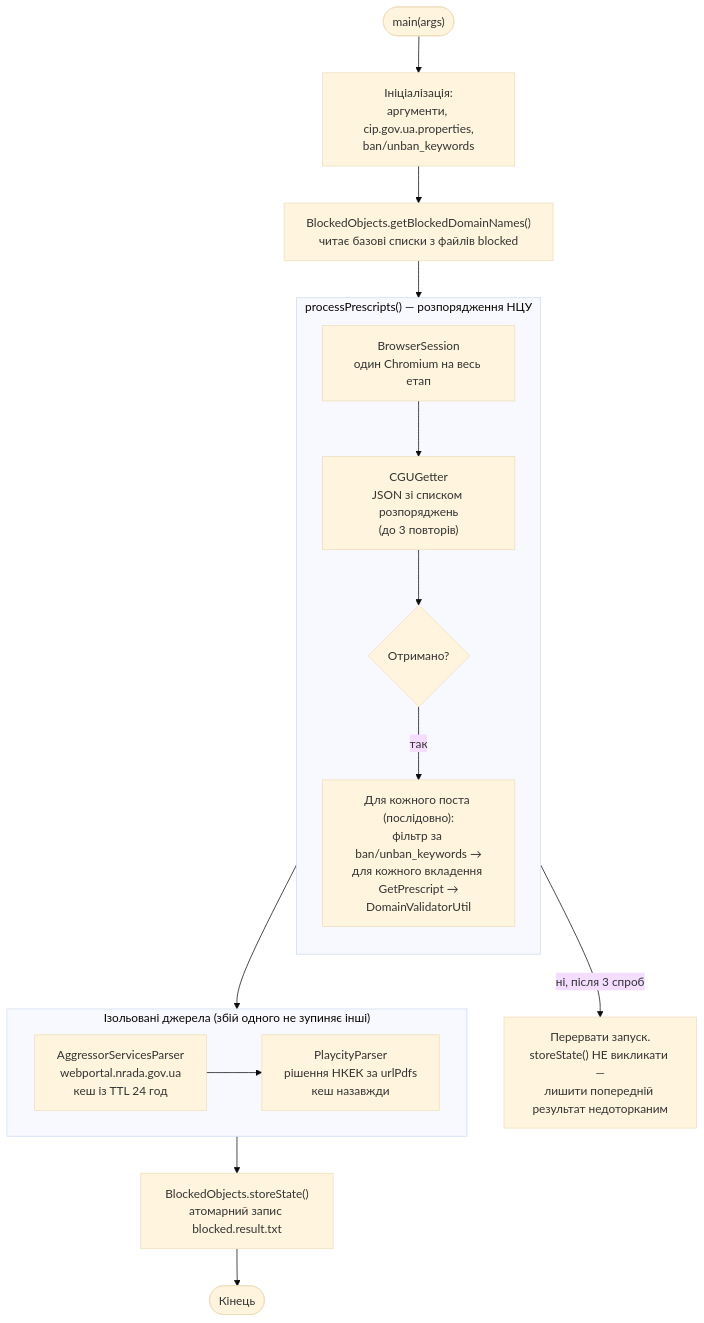
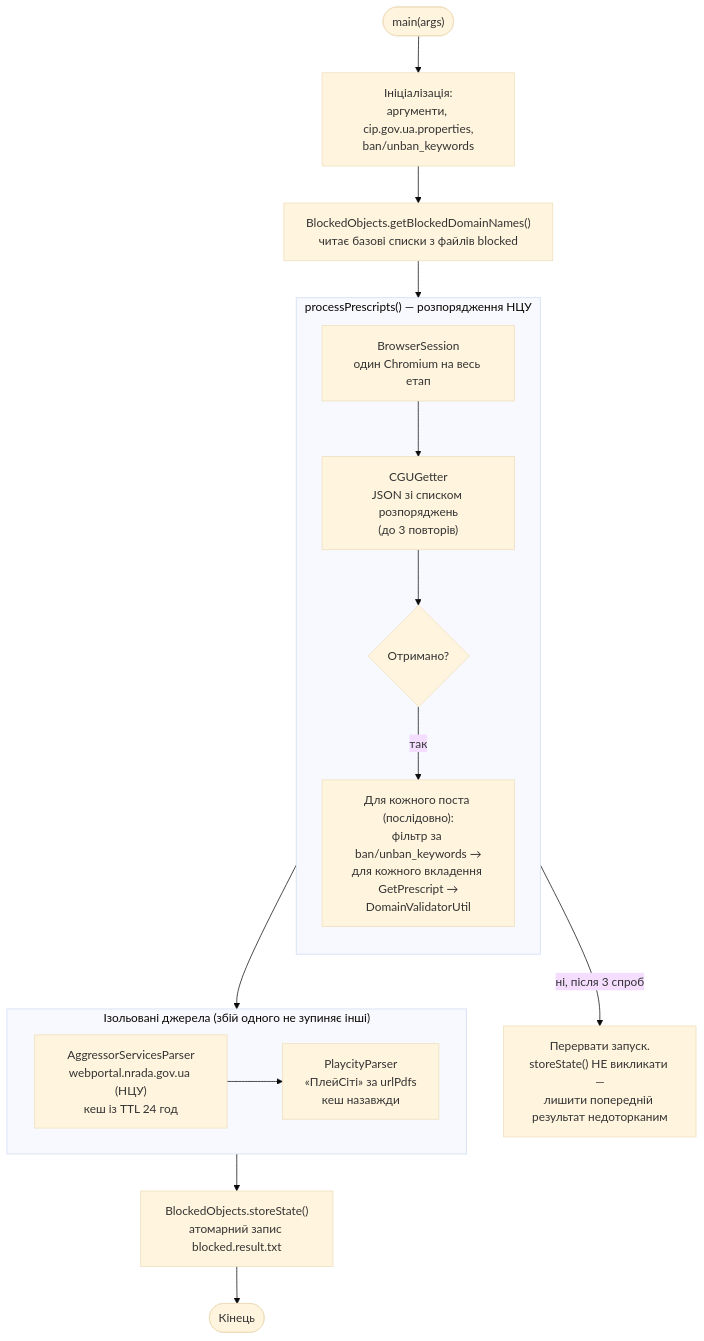
Before and after one commit to oldengremlin/cip_gov_ua_getter: the first of 3 diagrams in README.md, drawn with Mermaid (base theme). The commit also changed other lines of this file and 4 other files, not shown here.

First line of the commit message:
Виправлено інституційну плутанину: НЦУ vs ПлейСіті/НКЕК

````diff
--- a/README.md
+++ b/README.md
@@ -53,24 +53,24 @@
 ```mermaid
 flowchart TD
     Start(["main(args)"]) --> Init["Ініціалізація:<br/>аргументи, cip.gov.ua.properties,<br/>ban/unban_keywords"]
     Init --> BaseList["BlockedObjects.getBlockedDomainNames()<br/>читає базові списки з файлів blocked"]
 
     subgraph Prescripts ["processPrescripts() — розпорядження НЦУ"]
         direction TB
         Session["BrowserSession<br/>один Chromium на весь етап"] --> CGU["CGUGetter<br/>JSON зі списком розпоряджень<br/>(до 3 повторів)"]
         CGU --> CGUOk{"Отримано?"}
         CGUOk -- "так" --> Posts["Для кожного поста (послідовно):<br/>фільтр за ban/unban_keywords →<br/>для кожного вкладення GetPrescript →<br/>DomainValidatorUtil"]
     end
 
     BaseList --> Session
     CGUOk -- "ні, після 3 спроб" --> Abort["Перервати запуск.<br/>storeState() НЕ викликати —<br/>лишити попередній результат недоторканим"]
     Posts --> Isolated
 
     subgraph Isolated ["Ізольовані джерела (збій одного не зупиняє інші)"]
         direction LR
-        Aggr["AggressorServicesParser<br/>webportal.nrada.gov.ua<br/>кеш із TTL 24 год"] --> Nkek["PlaycityParser<br/>рішення НКЕК за urlPdfs<br/>кеш назавжди"]
+        Aggr["AggressorServicesParser<br/>webportal.nrada.gov.ua (НЦУ)<br/>кеш із TTL 24 год"] --> Nkek["PlaycityParser<br/>«ПлейСіті» за urlPdfs<br/>кеш назавжди"]
     end
 
     Isolated --> Store["BlockedObjects.storeState()<br/>атомарний запис blocked.result.txt"]
     Store --> End(["Кінець"])
 ```
````
